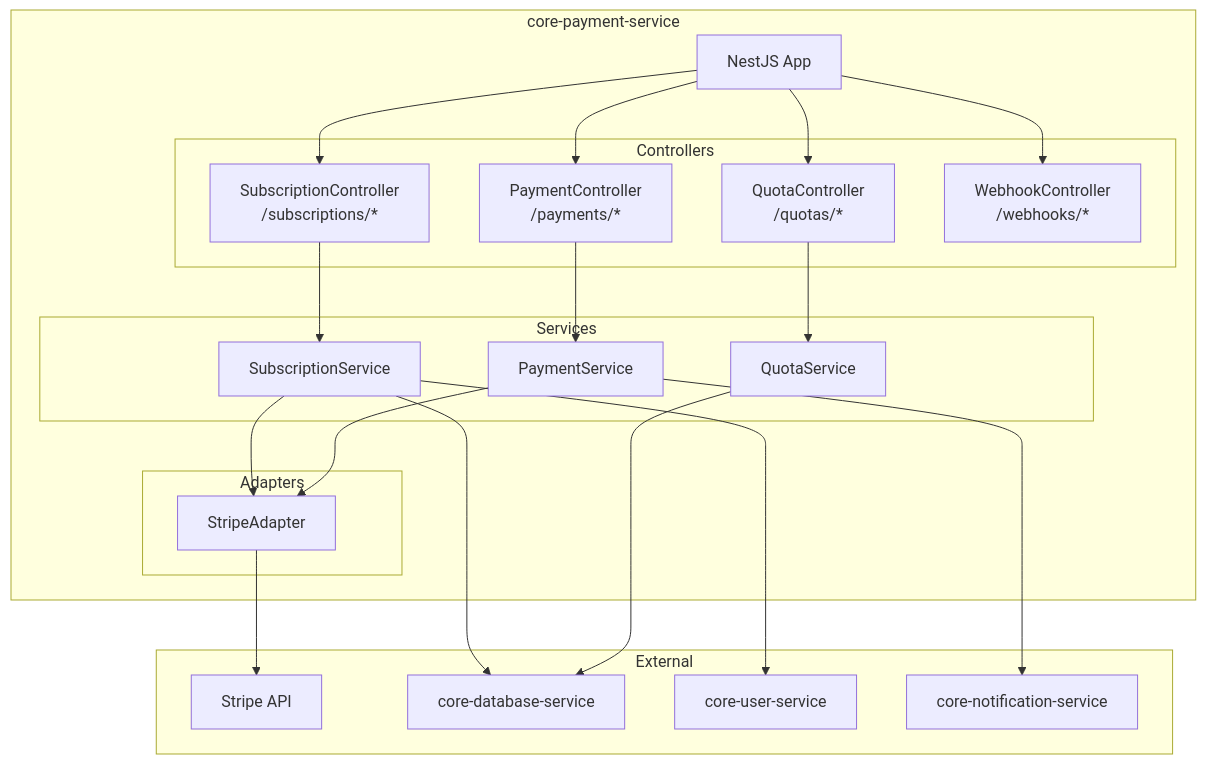
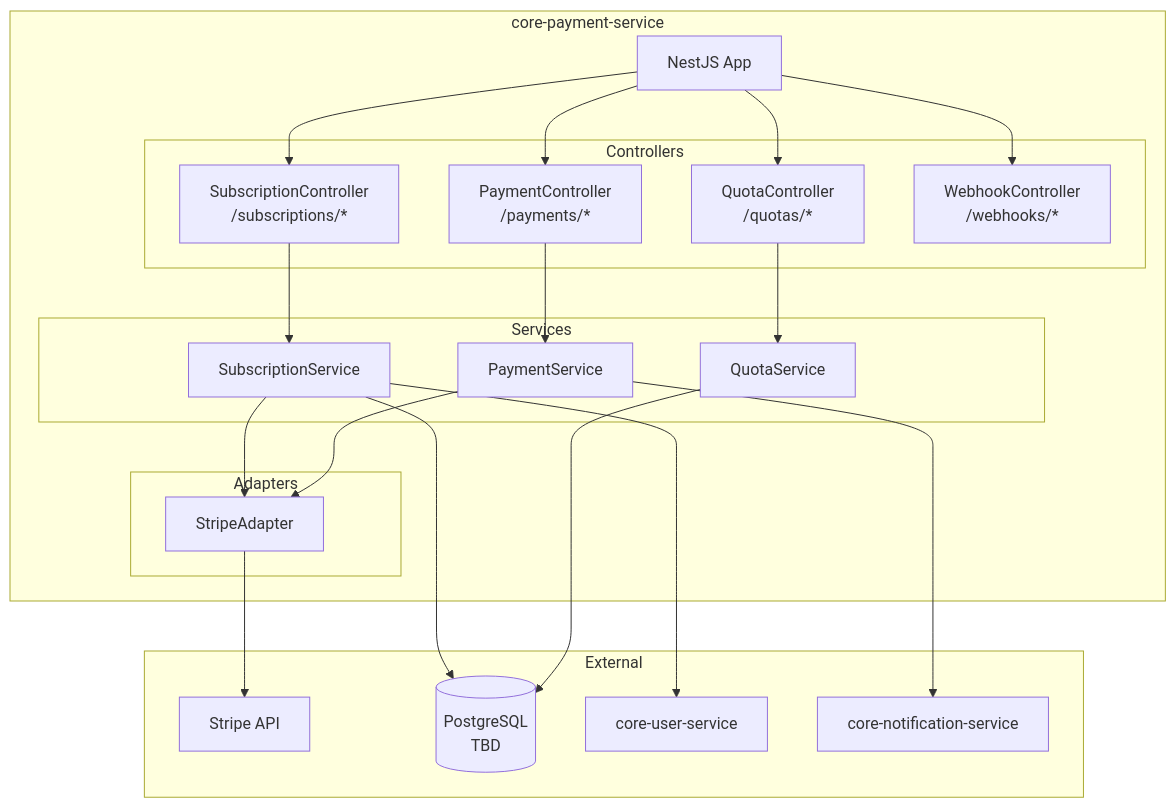
Before and after one commit to VisioBook-ESP/docs-architecture: the first of 4 diagrams in microservices/core-payment-service.md, drawn with Mermaid. The commit also changed other lines of this file and 15 other files, not shown here.

````diff
--- a/microservices/core-payment-service.md
+++ b/microservices/core-payment-service.md
@@ -22,48 +22,48 @@
 ```mermaid
 graph TB
     subgraph "core-payment-service"
         API[NestJS App]
 
         subgraph "Controllers"
             SUB[SubscriptionController<br/>/subscriptions/*]
             PAY[PaymentController<br/>/payments/*]
             QUOTA[QuotaController<br/>/quotas/*]
             WH[WebhookController<br/>/webhooks/*]
         end
 
         subgraph "Services"
             SUB_SVC[SubscriptionService]
             PAY_SVC[PaymentService]
             QUOTA_SVC[QuotaService]
         end
 
         subgraph "Adapters"
             STRIPE[StripeAdapter]
         end
     end
 
     subgraph "External"
         STRIPE_API[Stripe API]
-        DB[core-database-service]
+        PG[(PostgreSQL<br/>TBD)]
         USER[core-user-service]
         NOTIF[core-notification-service]
     end
 
     API --> SUB
     API --> PAY
     API --> QUOTA
     API --> WH
 
     SUB --> SUB_SVC
     PAY --> PAY_SVC
     QUOTA --> QUOTA_SVC
 
     SUB_SVC --> STRIPE
     PAY_SVC --> STRIPE
     STRIPE --> STRIPE_API
 
-    SUB_SVC --> DB
-    QUOTA_SVC --> DB
+    SUB_SVC --> PG
+    QUOTA_SVC --> PG
     SUB_SVC --> USER
     PAY_SVC --> NOTIF
 ```
````
